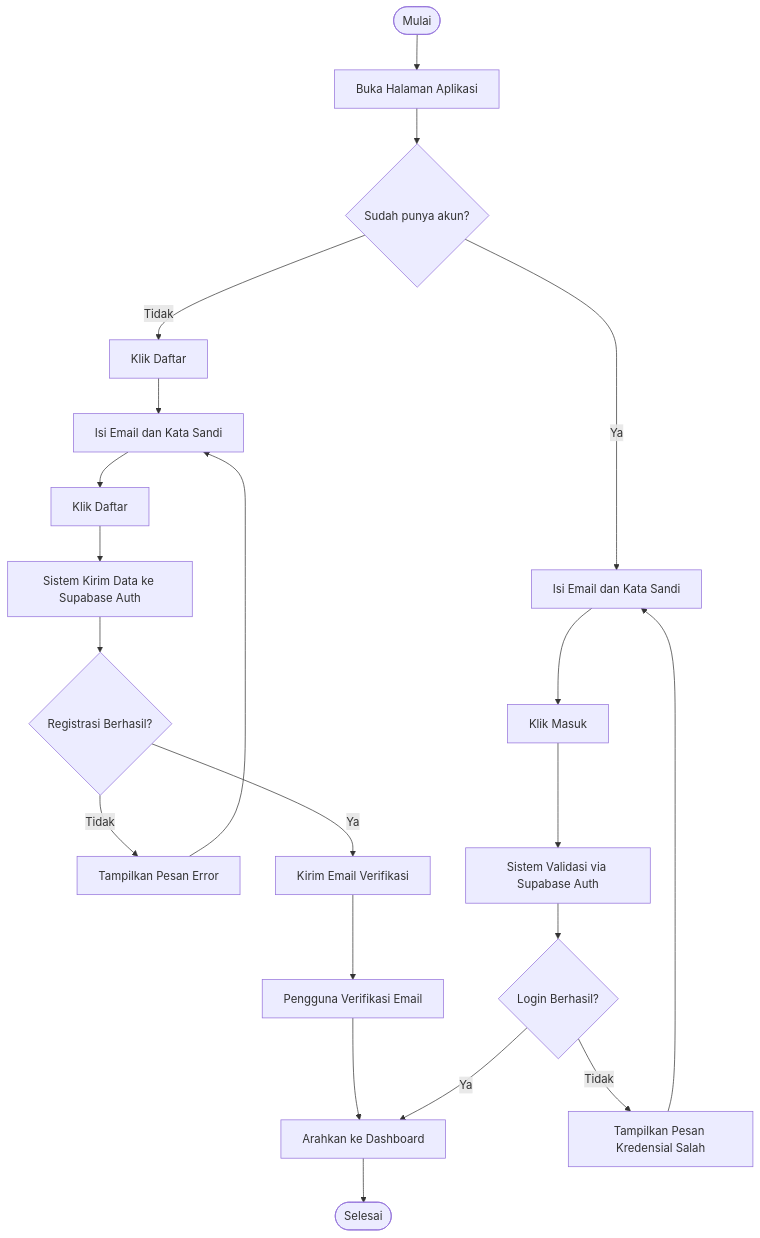
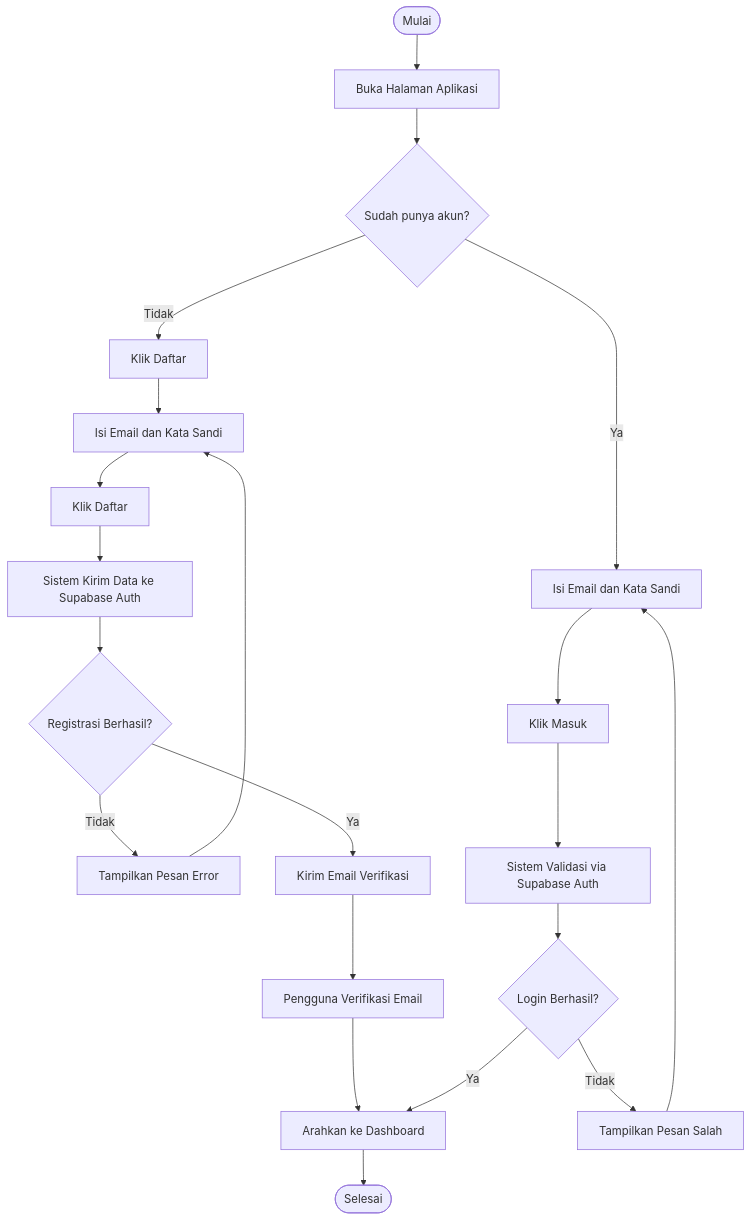
Before and after one commit to khairul-anam13/Projek_TA: the third of 9 diagrams in TA_Perancangan.md, drawn with Mermaid. The commit also changed other lines of this file and 11 other files, not shown here.

````diff
--- a/TA_Perancangan.md
+++ b/TA_Perancangan.md
@@ -146,23 +134,23 @@
 ```mermaid
 flowchart TD
     A([Mulai]) --> B[Buka Halaman Aplikasi]
     B --> C{Sudah punya akun?}
     C -- Tidak --> D[Klik Daftar]
     D --> E[Isi Email dan Kata Sandi]
     E --> F[Klik Daftar]
     F --> G[Sistem Kirim Data ke Supabase Auth]
     G --> H{Registrasi Berhasil?}
     H -- Tidak --> I[Tampilkan Pesan Error]
     I --> E
     H -- Ya --> J[Kirim Email Verifikasi]
     J --> K[Pengguna Verifikasi Email]
     K --> L[Arahkan ke Dashboard]
     C -- Ya --> M[Isi Email dan Kata Sandi]
     M --> N[Klik Masuk]
     N --> O[Sistem Validasi via Supabase Auth]
     O --> P{Login Berhasil?}
-    P -- Tidak --> Q[Tampilkan Pesan Kredensial Salah]
+    P -- Tidak --> Q[Tampilkan Pesan Salah]
     Q --> M
     P -- Ya --> L
     L --> R([Selesai])
 ```
````
